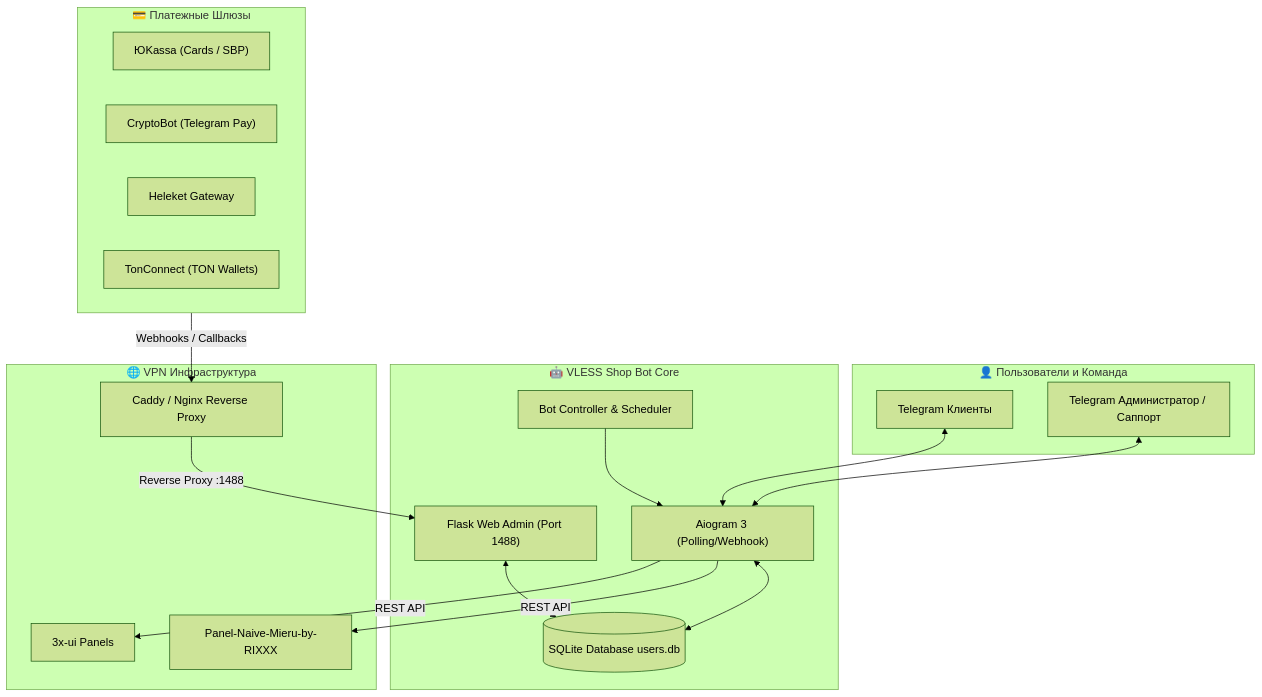
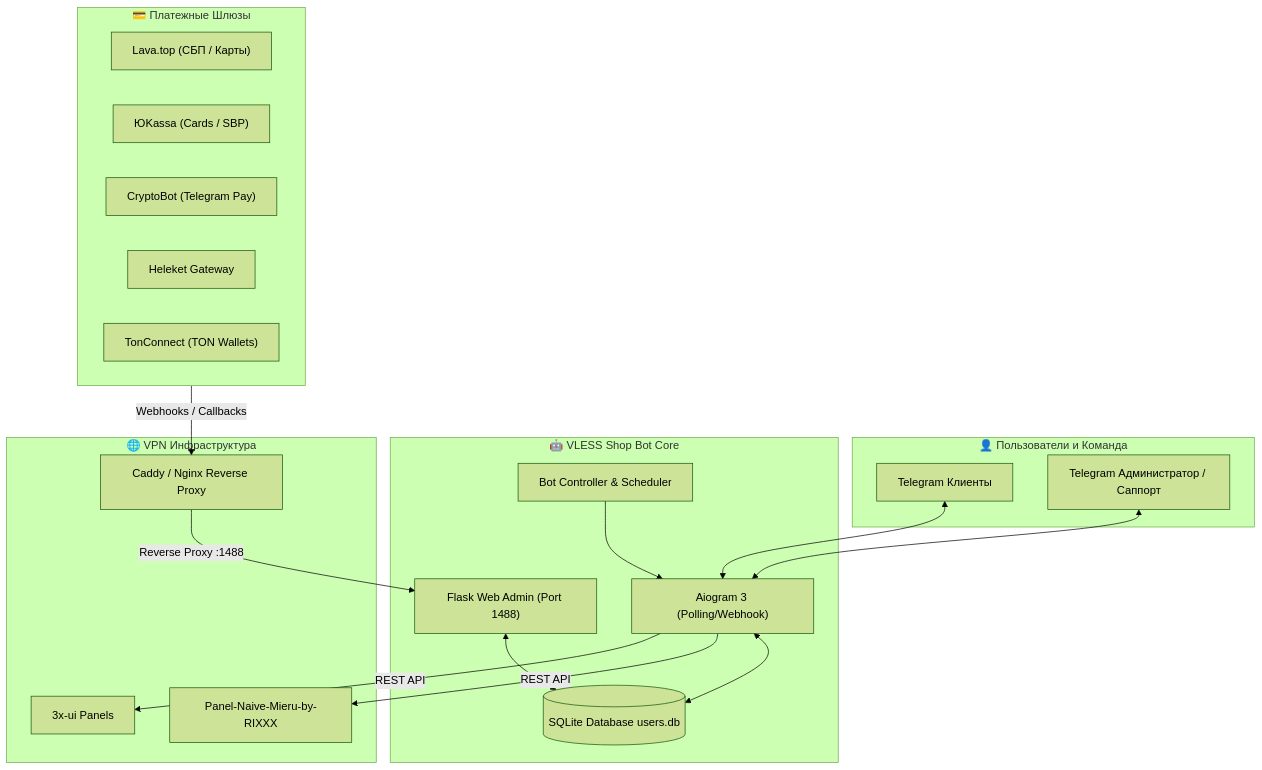
Before and after one commit to detkeroot/vless-shopbot-rixxx-edition: the diagram in README.md, drawn with Mermaid (forest theme). The commit also changed other lines of this file and 8 other files, not shown here.

Commit message:
feat(payments): полная интеграция платежного шлюза Lava.top (СБП, API v3, Webhooks, статус-поллинг, тесты)

````diff
--- a/README.md
+++ b/README.md
@@ -64,39 +65,40 @@
 ```mermaid
 flowchart TD
     subgraph Clients["👤 Пользователи и Команда"]
         TG["Telegram Клиенты"]
         Admin["Telegram Администратор / Саппорт"]
     end
 
     subgraph BotService["🤖 VLESS Shop Bot Core"]
         Bot["Aiogram 3 (Polling/Webhook)"]
         WebPanel["Flask Web Admin (Port 1488)"]
         DB[(SQLite Database users.db)]
         BotController["Bot Controller & Scheduler"]
     end
 
     subgraph Payments["💳 Платежные Шлюзы"]
+        LavaTop["Lava.top (СБП / Карты)"]
         YooKassa["ЮKassa (Cards / SBP)"]
         CryptoBot["CryptoBot (Telegram Pay)"]
         Heleket["Heleket Gateway"]
         TonConnect["TonConnect (TON Wallets)"]
     end
 
     subgraph Infrastructure["🌐 VPN Инфраструктура"]
         RIXXX["Panel-Naive-Mieru-by-RIXXX"]
         XUI["3x-ui Panels"]
         Proxy["Caddy / Nginx Reverse Proxy"]
     end
 
     TG <--> Bot
     Admin <--> Bot
     Bot <--> DB
     WebPanel <--> DB
     BotController --> Bot
 
     Payments -->|Webhooks / Callbacks| Proxy
     Proxy -->|Reverse Proxy :1488| WebPanel
 
     Bot -->|REST API| RIXXX
     Bot -->|REST API| XUI
 ```
````
